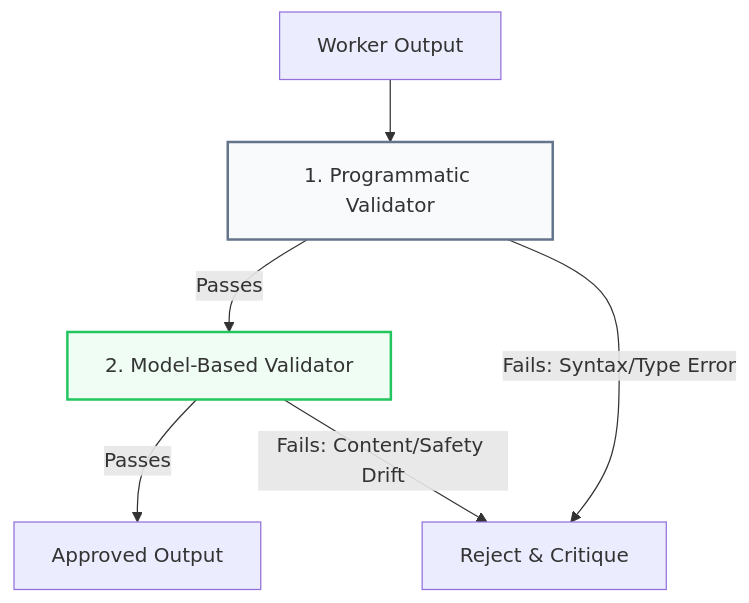
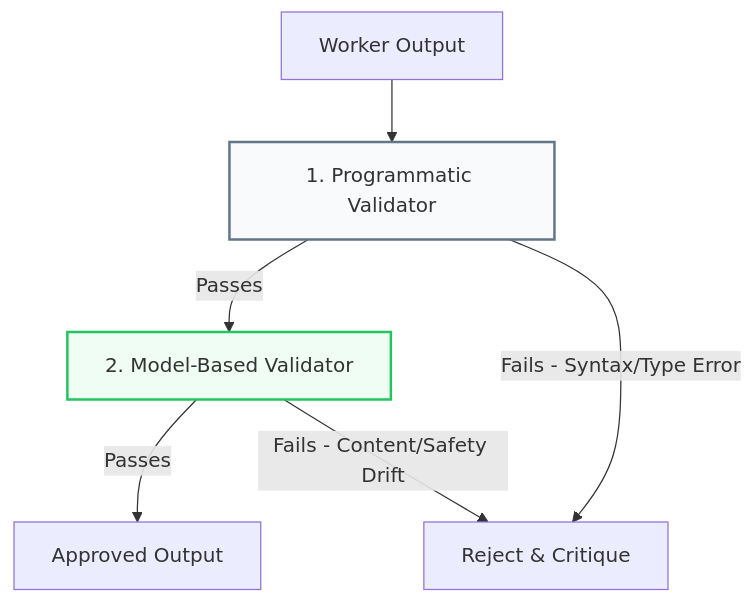
The diagram in blog/posts/the-validator-agent-pattern.md (akmalkhaniub/akmalkhaniub.github.io), drawn with Mermaid before and after one commit. The commit also changed 411 other files, not shown here.

````diff
--- a/blog/posts/the-validator-agent-pattern.md
+++ b/blog/posts/the-validator-agent-pattern.md
@@ -20,12 +20,12 @@
 ```mermaid
-graph TD
+flowchart TD
     Output[Worker Output] --> Layer1[1. Programmatic Validator]
     Layer1 -->|Passes| Layer2[2. Model-Based Validator]
-    Layer1 -->|Fails: Syntax/Type Error| Fail[Reject & Critique]
+    Layer1 -->|Fails - Syntax/Type Error| Fail[Reject & Critique]
     
     Layer2 -->|Passes| Pass[Approved Output]
-    Layer2 -->|Fails: Content/Safety Drift| Fail
+    Layer2 -->|Fails - Content/Safety Drift| Fail
     
     style Layer1 fill:#f8fafc,stroke:#64748b,stroke-width:2px
     style Layer2 fill:#f0fdf4,stroke:#22c55e,stroke-width:2px
 ```
````
